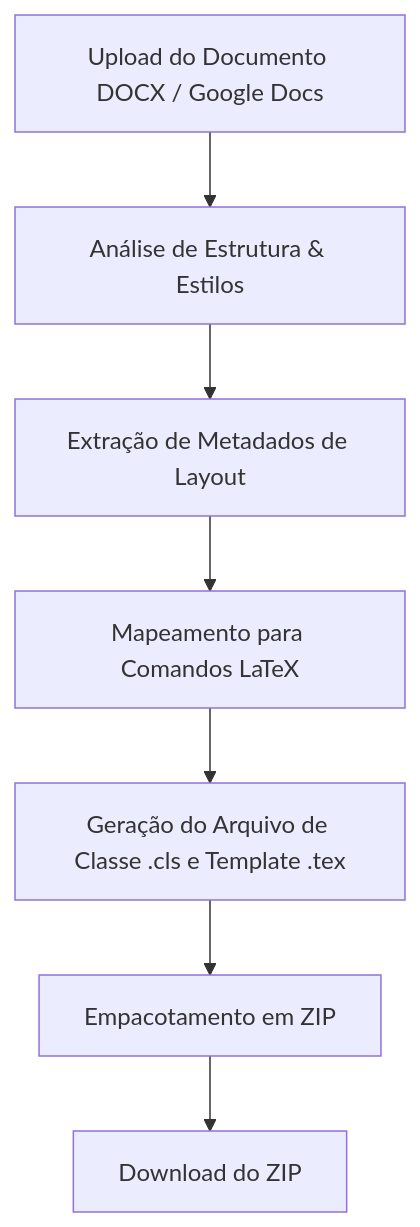
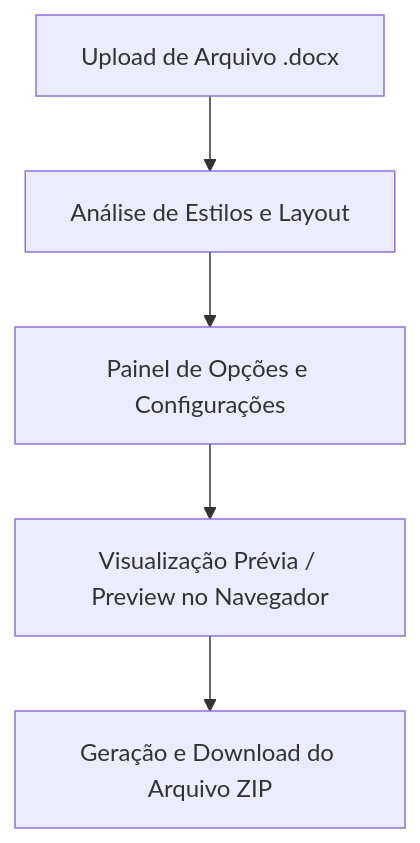
The diagram in doctotex.md (mastrien/lab), drawn with Mermaid before and after one commit. The commit also changed other lines of this file and 86 other files, not shown here.

````diff
--- a/doctotex.md
+++ b/doctotex.md
@@ -9,9 +9,7 @@
 ```mermaid
 graph TD
-    A[Upload do Documento DOCX / Google Docs] --> B[Análise de Estrutura & Estilos]
-    B --> C[Extração de Metadados de Layout]
-    C --> D[Mapeamento para Comandos LaTeX]
-    D --> E[Geração do Arquivo de Classe .cls e Template .tex]
-    E --> F[Empacotamento em ZIP]
-    F --> G[Download do ZIP]
+    A[Upload de Arquivo .docx] --> B[Análise de Estilos e Layout]
+    B --> C[Painel de Opções e Configurações]
+    C --> D[Visualização Prévia / Preview no Navegador]
+    D --> E[Geração e Download do Arquivo ZIP]
 ```
````
